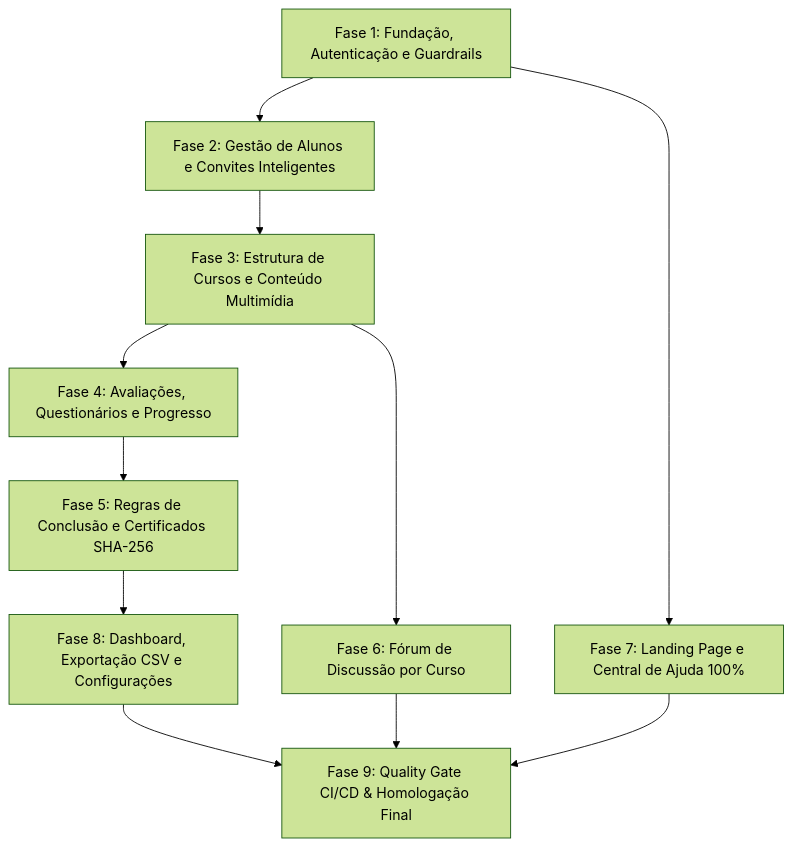
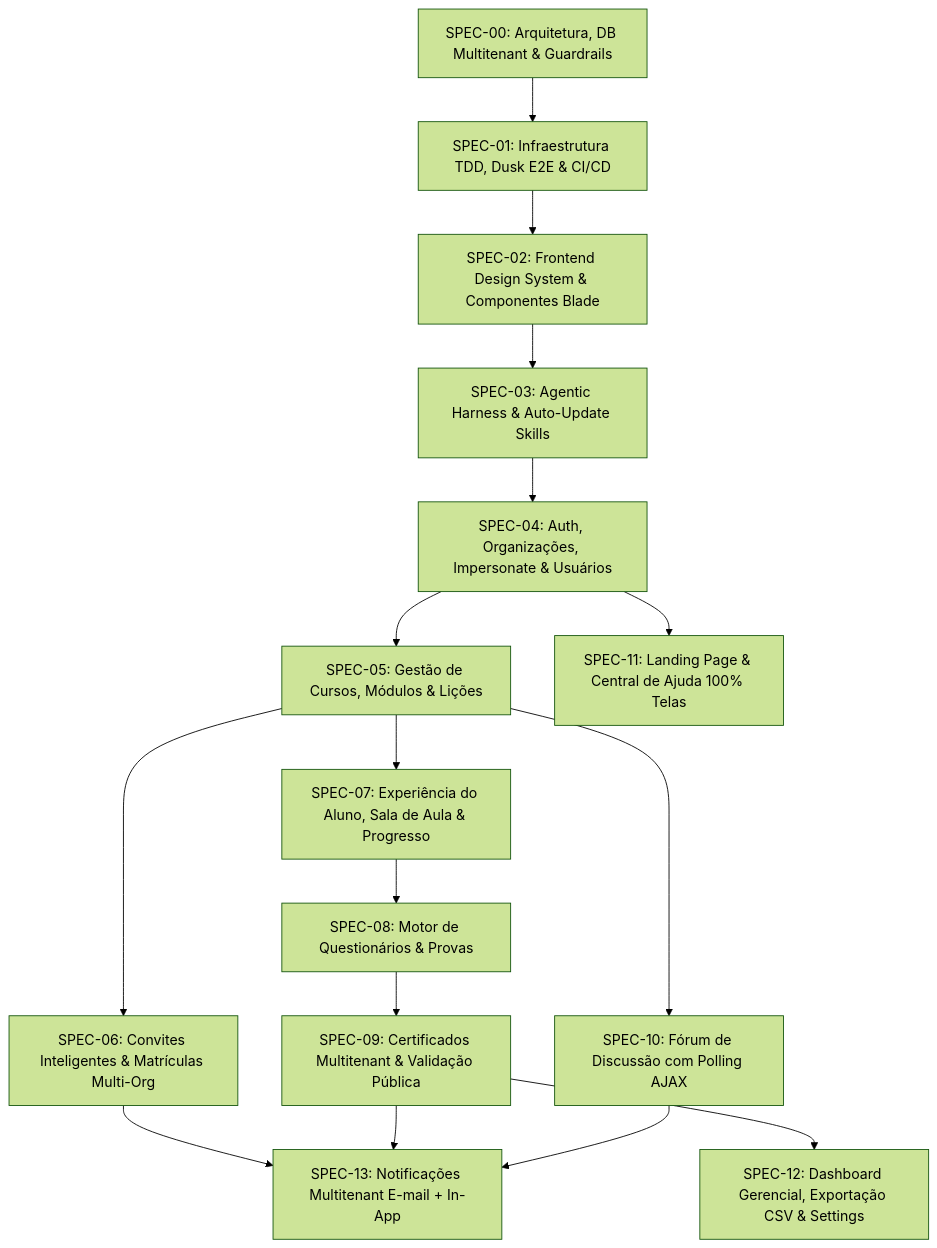
Before and after one commit to rafadepaula/plataforma_ead: the diagram in spec/specs/README.md, drawn with Mermaid (forest theme). The commit also changed other lines of this file and 35 other files, not shown here.

Commit message:
feat(ai): skill harness + workflow spec

````diff
--- a/spec/specs/README.md
+++ b/spec/specs/README.md
@@ -111,13 +9,18 @@
 ```mermaid
 graph TD
-    F1[Fase 1: Fundação, Autenticação e Guardrails] --> F2[Fase 2: Gestão de Alunos e Convites Inteligentes]
-    F2 --> F3[Fase 3: Estrutura de Cursos e Conteúdo Multimídia]
-    F3 --> F4[Fase 4: Avaliações, Questionários e Progresso]
-    F4 --> F5[Fase 5: Regras de Conclusão e Certificados SHA-256]
-    F3 --> F6[Fase 6: Fórum de Discussão por Curso]
-    F1 --> F7[Fase 7: Landing Page e Central de Ajuda 100%]
-    F5 --> F8[Fase 8: Dashboard, Exportação CSV e Configurações]
-    F8 --> F9[Fase 9: Quality Gate CI/CD & Homologação Final]
-    F6 --> F9
-    F7 --> F9
+    S00[SPEC-00: Arquitetura, DB Multitenant & Guardrails] --> S01[SPEC-01: Infraestrutura TDD, Dusk E2E & CI/CD]
+    S01 --> S02[SPEC-02: Frontend Design System & Componentes Blade]
+    S02 --> S03[SPEC-03: Agentic Harness & Auto-Update Skills]
+    S03 --> S04[SPEC-04: Auth, Organizações, Impersonate & Usuários]
+    S04 --> S05[SPEC-05: Gestão de Cursos, Módulos & Lições]
+    S05 --> S06[SPEC-06: Convites Inteligentes & Matrículas Multi-Org]
+    S05 --> S07[SPEC-07: Experiência do Aluno, Sala de Aula & Progresso]
+    S07 --> S08[SPEC-08: Motor de Questionários & Provas]
+    S08 --> S09[SPEC-09: Certificados Multitenant & Validação Pública]
+    S05 --> S10[SPEC-10: Fórum de Discussão com Polling AJAX]
+    S04 --> S11[SPEC-11: Landing Page & Central de Ajuda 100% Telas]
+    S09 --> S12[SPEC-12: Dashboard Gerencial, Exportação CSV & Settings]
+    S06 --> S13[SPEC-13: Notificações Multitenant E-mail + In-App]
+    S09 --> S13
+    S10 --> S13
 ```
````
